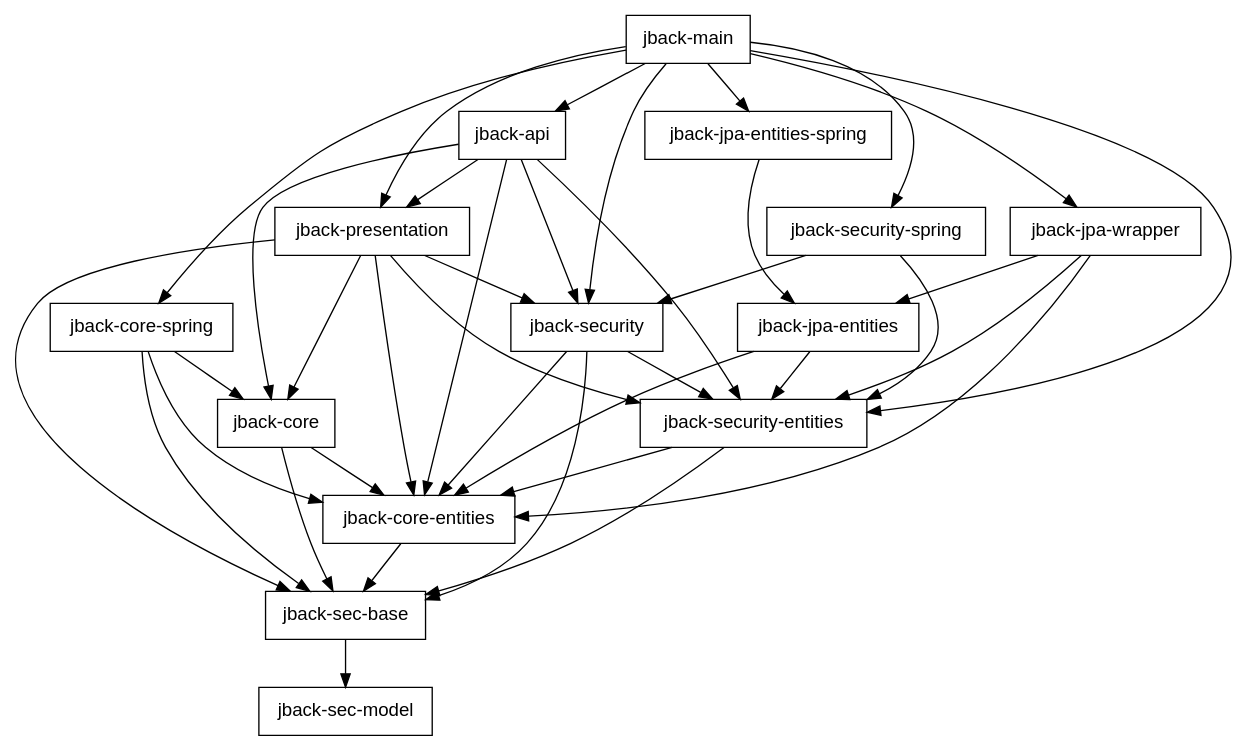
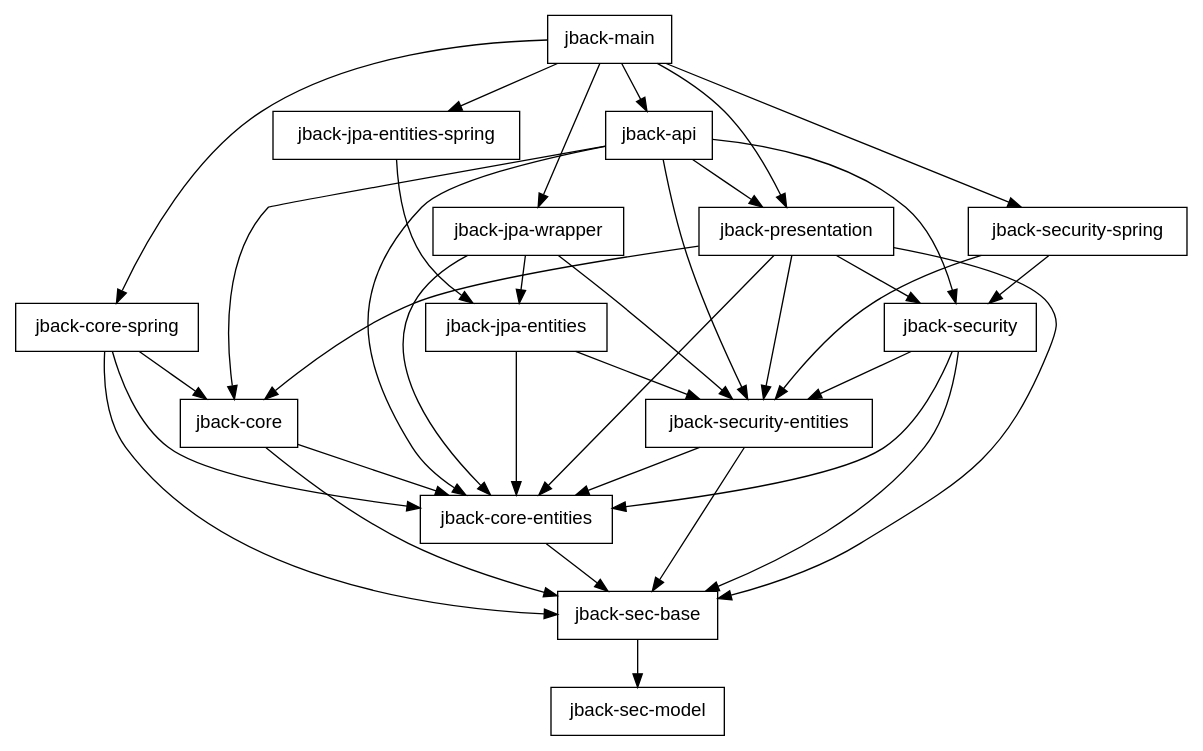
Before and after one commit to blaulaub/jback: the diagram in graphviz/module-dependencies.dot, drawn with Graphviz. The commit also changed 1 other file, not shown here.

Commit message:
update dependency graph

```diff
--- a/graphviz/module-dependencies.dot
+++ b/graphviz/module-dependencies.dot
@@ -1,43 +1,41 @@
 digraph G {
 
   node [ shape="box", fontname="helvetica" ];
 
   "jback-main" -> "jback-api";
   "jback-main" -> "jback-core-spring";
   "jback-main" -> "jback-jpa-entities-spring";
   "jback-main" -> "jback-jpa-wrapper";
   "jback-main" -> "jback-presentation";
-  "jback-main" -> "jback-security";
-  "jback-main" -> "jback-security-entities";
   "jback-main" -> "jback-security-spring";
   "jback-jpa-wrapper" -> "jback-core-entities";
   "jback-jpa-wrapper" -> "jback-jpa-entities";
   "jback-jpa-wrapper" -> "jback-security-entities";
   "jback-jpa-entities-spring" -> "jback-jpa-entities";
   "jback-jpa-entities" -> "jback-core-entities";
   "jback-jpa-entities" -> "jback-security-entities";
   "jback-api" -> "jback-core";
   "jback-api" -> "jback-core-entities";
   "jback-api" -> "jback-presentation";
   "jback-api" -> "jback-security";
   "jback-api" -> "jback-security-entities";
   "jback-presentation" -> "jback-core";
   "jback-presentation" -> "jback-core-entities";
   "jback-presentation" -> "jback-sec-base";
   "jback-presentation" -> "jback-security";
   "jback-presentation" -> "jback-security-entities";
   "jback-security" -> "jback-core-entities";
   "jback-security" -> "jback-sec-base";
   "jback-security" -> "jback-security-entities";
   "jback-security-entities" -> "jback-core-entities";
   "jback-security-entities" -> "jback-sec-base";
   "jback-security-spring" -> "jback-security";
   "jback-security-spring" -> "jback-security-entities";
   "jback-core" -> "jback-core-entities";
   "jback-core" -> "jback-sec-base";
   "jback-core-entities" -> "jback-sec-base";
   "jback-core-spring" -> "jback-core";
   "jback-core-spring" -> "jback-core-entities";
   "jback-core-spring" -> "jback-sec-base";
   "jback-sec-base" -> "jback-sec-model";
 }
```
